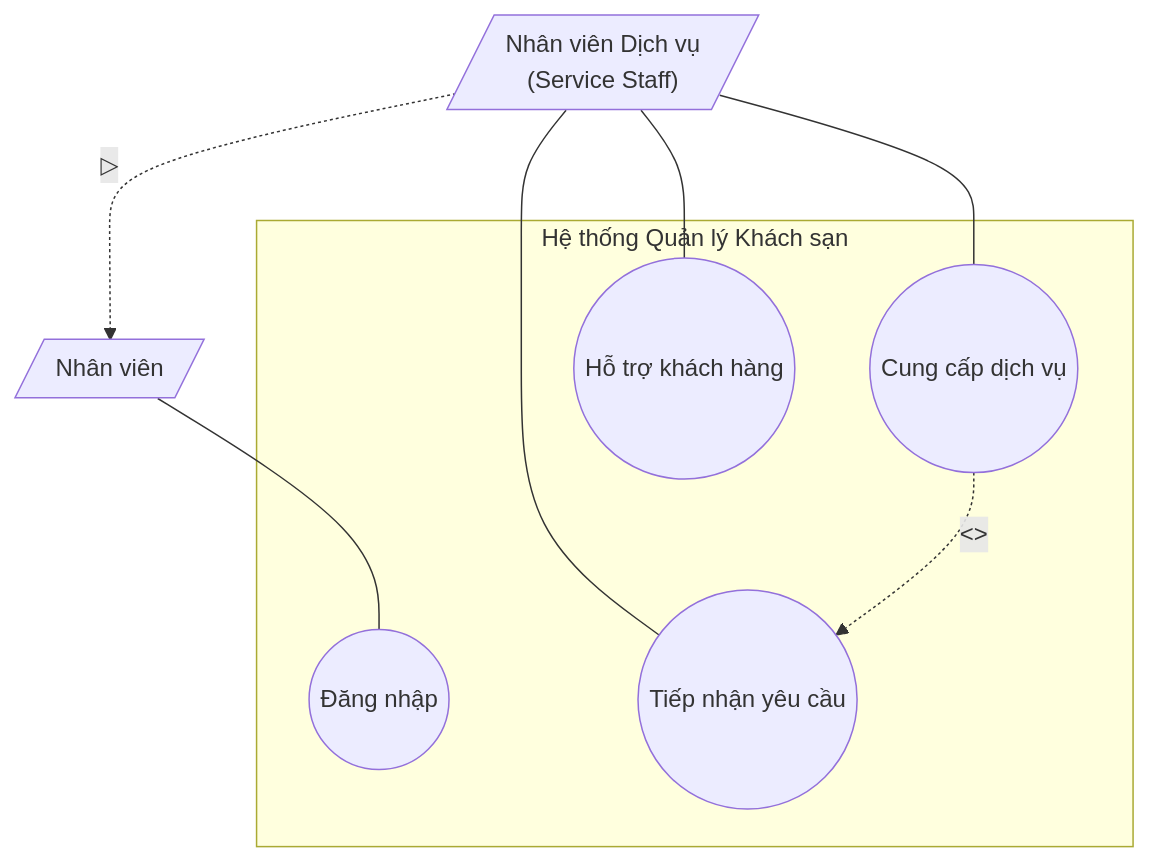
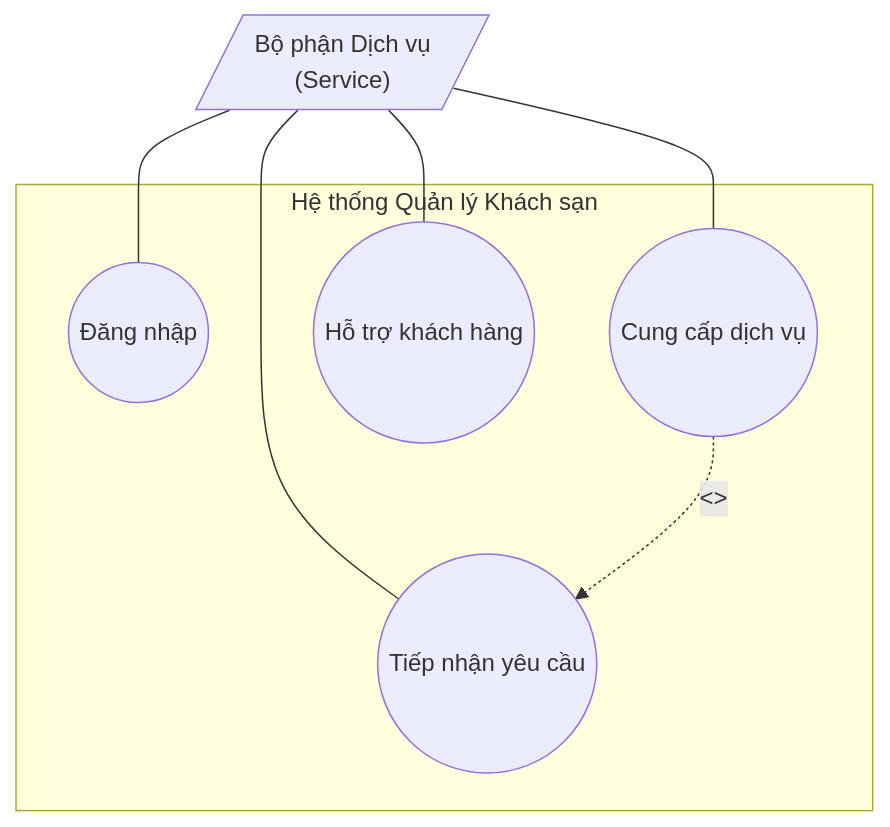
Before and after one commit to IvanLyVodka11/hotel-management: the fourth of 11 diagrams in docs/BaoCao_HotelManagement.md, drawn with Mermaid. The commit also changed other lines of this file and 1 other file, not shown here.

````diff
--- a/docs/BaoCao_HotelManagement.md
+++ b/docs/BaoCao_HotelManagement.md
@@ -260,27 +232,21 @@
 ```mermaid
 flowchart TB
     subgraph System["Hệ thống Quản lý Khách sạn"]
         UC1((Đăng nhập))
         UC2((Cung cấp dịch vụ))
         UC3((Tiếp nhận yêu cầu))
         UC4((Hỗ trợ khách hàng))
     end
     
-    %% Actor cha và con
-    NV[/"Nhân viên"/]
-    NVDV[/"Nhân viên Dịch vụ<br/>(Service Staff)"/]
+    %% Actor Bộ phận Dịch vụ (Role: SERVICE)
+    DV[/"Bộ phận Dịch vụ<br/>(Service)"/]
     
-    %% Generalization
-    NVDV -.->|▷| NV
-    
-    %% Actor cha nối với Use Case chung
-    NV --- UC1
-    
-    %% Actor Nhân viên Dịch vụ nối TRỰC TIẾP với từng Use Case
-    NVDV --- UC2
-    NVDV --- UC3
-    NVDV --- UC4
+    %% Bộ phận Dịch vụ nối TRỰC TIẾP với tất cả Use Case
+    DV --- UC1
+    DV --- UC2
+    DV --- UC3
+    DV --- UC4
     
     %% Quan hệ Include
     UC2 -.->|<<include>>| UC3
 ```
````
